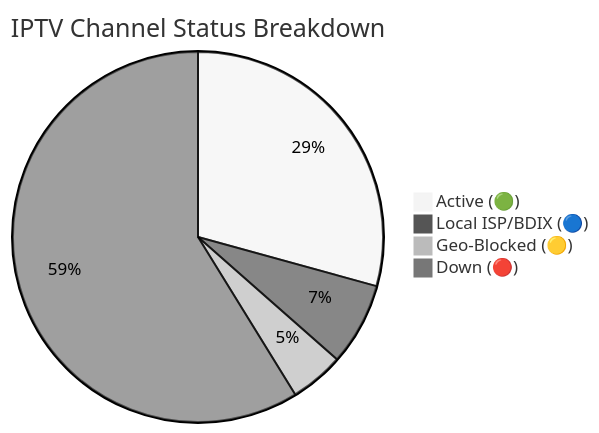
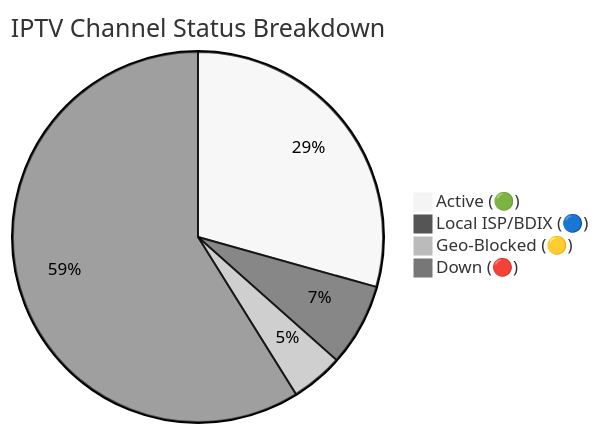
Before and after one commit to Zaman-Topu/Ip-tv-Collection: the diagram in README.md, drawn with Mermaid (neutral theme). The commit also changed other lines of this file and 6 other files, not shown here.

````diff
--- a/README.md
+++ b/README.md
@@ -149,7 +149,7 @@
 ```mermaid
 pie title IPTV Channel Status Breakdown
-    "Active (🟢)" : 10995
+    "Active (🟢)" : 11018
     "Local ISP/BDIX (🔵)" : 2709
-    "Geo-Blocked (🟡)" : 1768
-    "Down (🔴)" : 22081
+    "Geo-Blocked (🟡)" : 1716
+    "Down (🔴)" : 22104
 ```
````
